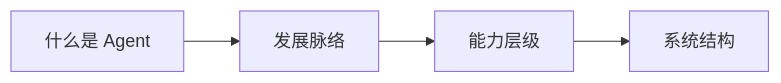
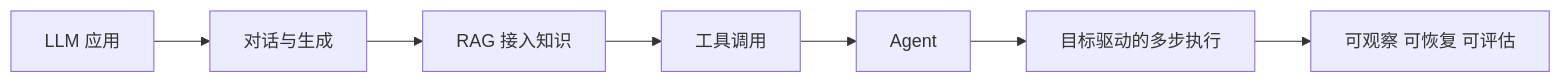
One commit to oudbiao/AI-fullstack-course changed the first of 3 diagrams in docs/stage9/ch01-agent-basics/00-roadmap.md. Above: the diagram before and after it, drawn with Mermaid. The commit also changed other lines of this file and 95 other files, not shown here.

````diff
--- a/docs/stage9/ch01-agent-basics/00-roadmap.md
+++ b/docs/stage9/ch01-agent-basics/00-roadmap.md
@@ -27,6 +20,9 @@
 ```mermaid
 flowchart LR
-    A["什么是 Agent"] --> B["发展脉络"]
-    B --> C["能力层级"]
-    C --> D["系统结构"]
+  A[LLM 应用] --> B[对话与生成]
+  B --> C[RAG 接入知识]
+  C --> D[工具调用]
+  D --> E[Agent]
+  E --> F[目标驱动的多步执行]
+  F --> G[可观察 可恢复 可评估]
 ```
````
